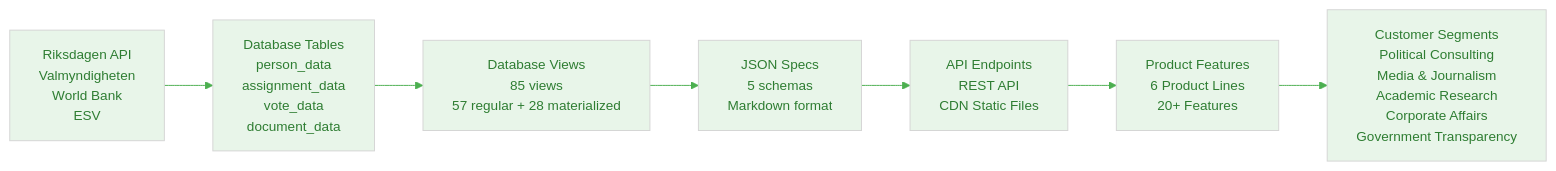
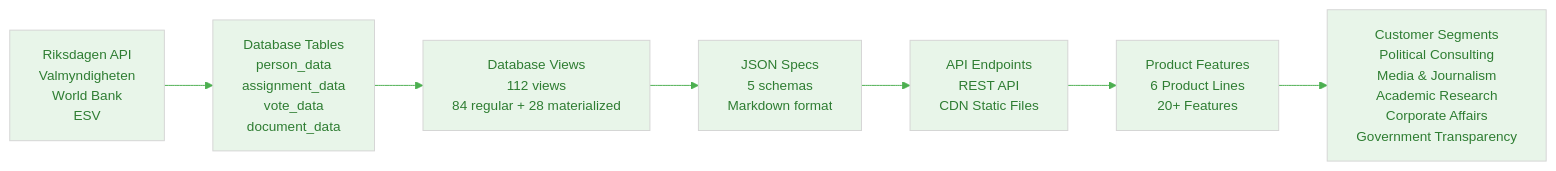
Before and after one commit to Hack23/cia: the third of 6 diagrams in BUSINESS_PRODUCT_DOCUMENT.md, drawn with Mermaid. The commit also changed other lines of this file, not shown here.

Commit message:
docs: Add v1.40-v1.43 crisis/risk views, v1.57 party transitions, fix Mermaid diagrams, add intelligence flow diagram

````diff
--- a/BUSINESS_PRODUCT_DOCUMENT.md
+++ b/BUSINESS_PRODUCT_DOCUMENT.md
@@ -682,20 +1030,20 @@
 ```mermaid
 %%{
   init: {
     'theme': 'base',
     'themeVariables': {
       'primaryColor': '#e8f5e9',
       'primaryTextColor': '#2e7d32',
       'lineColor': '#4caf50',
       'fontSize': '14px'
     }
   }
 }%%
 flowchart LR
     A[Riksdagen API<br/>Valmyndigheten<br/>World Bank<br/>ESV] --> B[Database Tables<br/>person_data<br/>assignment_data<br/>vote_data<br/>document_data]
-    B --> C[Database Views<br/>85 views<br/>57 regular + 28 materialized]
+    B --> C[Database Views<br/>112 views<br/>84 regular + 28 materialized]
     C --> D[JSON Specs<br/>5 schemas<br/>Markdown format]
     D --> E[API Endpoints<br/>REST API<br/>CDN Static Files]
     E --> F[Product Features<br/>6 Product Lines<br/>20+ Features]
     F --> G[Customer Segments<br/>Political Consulting<br/>Media & Journalism<br/>Academic Research<br/>Corporate Affairs<br/>Government Transparency]
 ```
````
